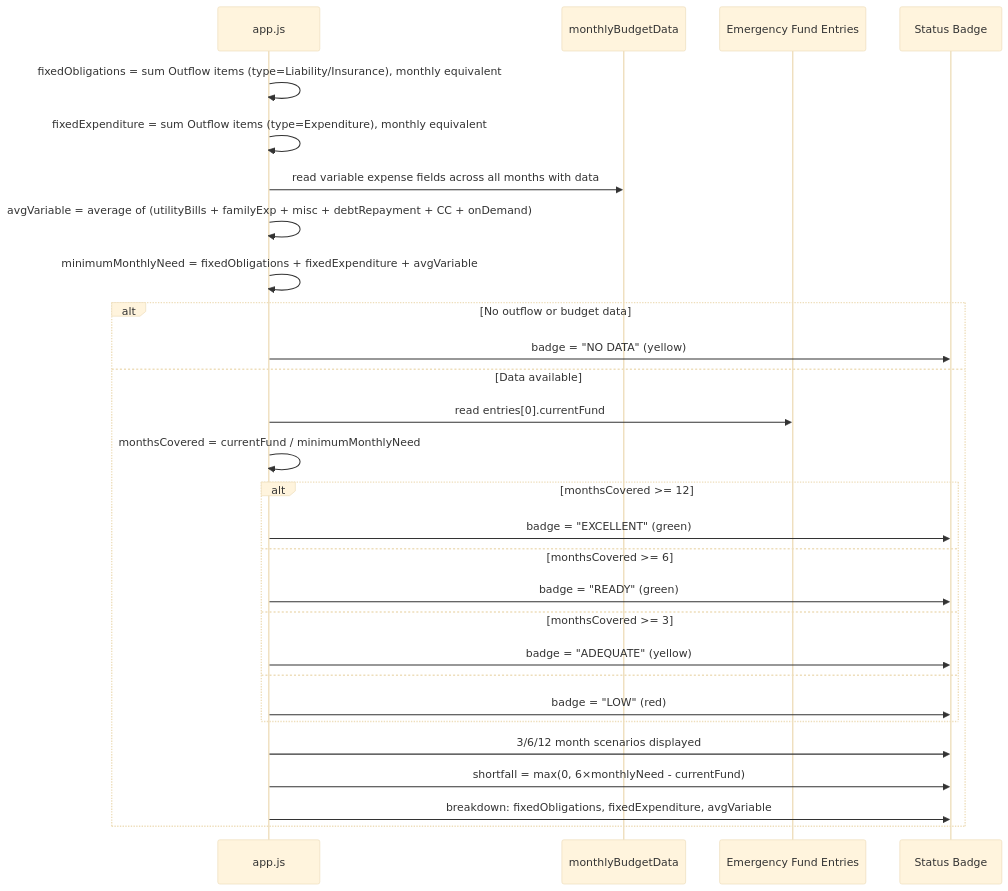
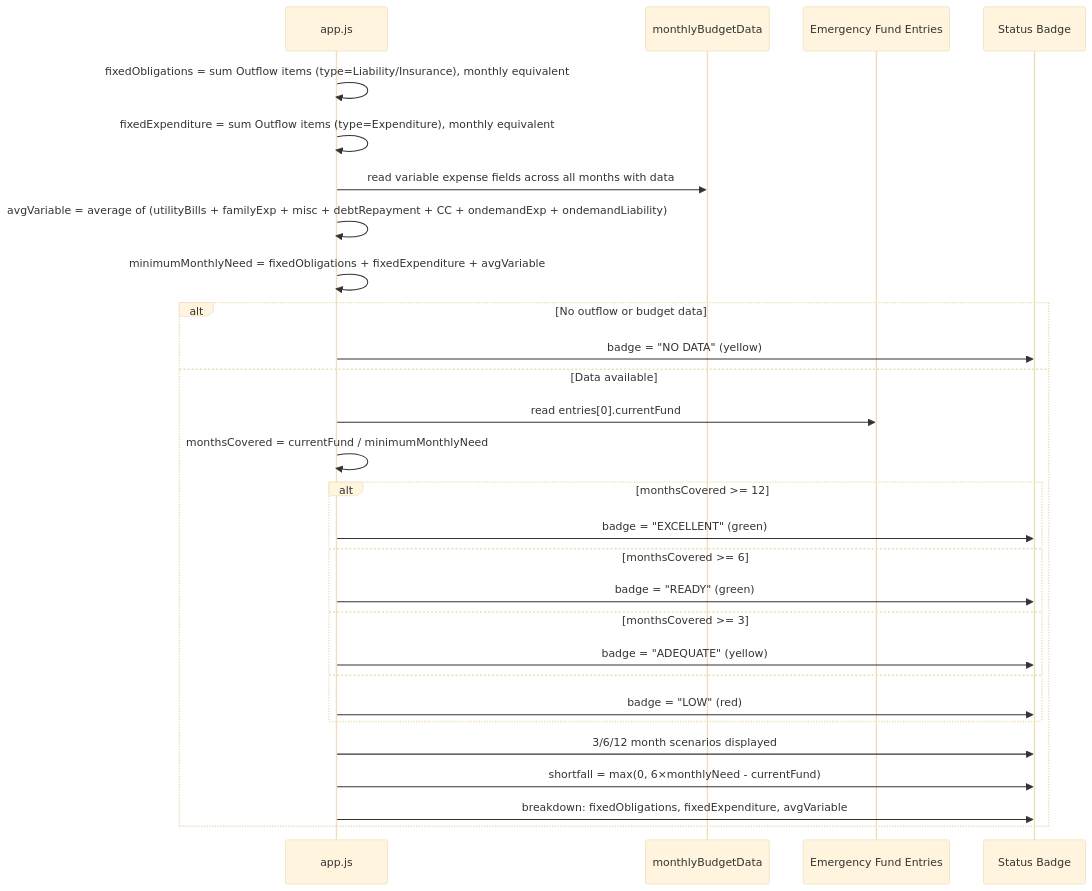
The tenth of 10 diagrams in architecture.md (mrunaldev/smart-financial-planning), drawn with Mermaid (base theme) before and after one commit. The commit also changed other lines of this file and 8 other files, not shown here.

````diff
--- a/architecture.md
+++ b/architecture.md
@@ -549,34 +549,34 @@
 ```mermaid
 sequenceDiagram
     participant App as app.js
     participant MB as monthlyBudgetData
     participant EF as Emergency Fund Entries
     participant UI as Status Badge
 
     App->>App: fixedObligations = sum Outflow items (type=Liability/Insurance), monthly equivalent
     App->>App: fixedExpenditure = sum Outflow items (type=Expenditure), monthly equivalent
     App->>MB: read variable expense fields across all months with data
-    App->>App: avgVariable = average of (utilityBills + familyExp + misc + debtRepayment + CC + onDemand)
+    App->>App: avgVariable = average of (utilityBills + familyExp + misc + debtRepayment + CC + ondemandExp + ondemandLiability)
     App->>App: minimumMonthlyNeed = fixedObligations + fixedExpenditure + avgVariable
 
     alt No outflow or budget data
         App->>UI: badge = "NO DATA" (yellow)
     else Data available
         App->>EF: read entries[0].currentFund
         App->>App: monthsCovered = currentFund / minimumMonthlyNeed
 
         alt monthsCovered >= 12
             App->>UI: badge = "EXCELLENT" (green)
         else monthsCovered >= 6
             App->>UI: badge = "READY" (green)
         else monthsCovered >= 3
             App->>UI: badge = "ADEQUATE" (yellow)
         else
             App->>UI: badge = "LOW" (red)
         end
 
         App->>UI: 3/6/12 month scenarios displayed
         App->>UI: shortfall = max(0, 6×monthlyNeed - currentFund)
         App->>UI: breakdown: fixedObligations, fixedExpenditure, avgVariable
     end
 ```
````
